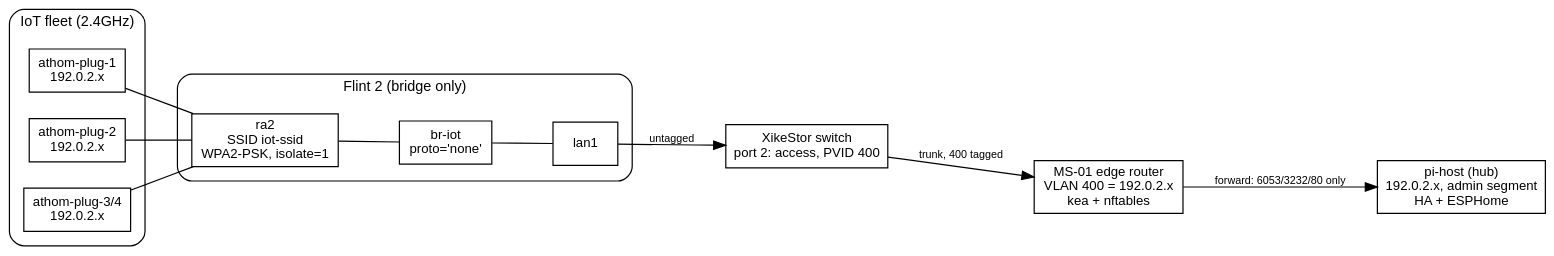
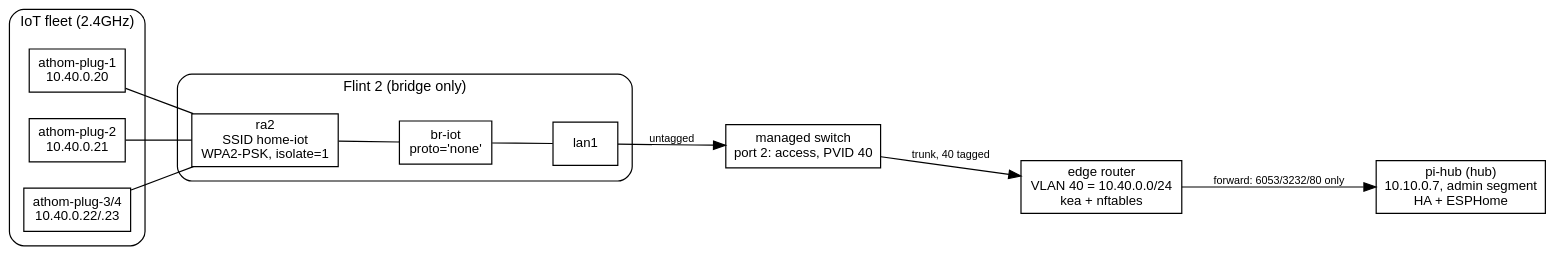
Before and after one commit to erfianugrah/lexicanum: the diagram in src/content/docs/reference/home-iot-network.mdx, drawn with Graphviz. The commit also changed other lines of this file and 1 other file, not shown here.

First line of the commit message:
docs(home-iot-network): anonymize home identifiers for public reference

````diff
--- a/src/content/docs/reference/home-iot-network.mdx
+++ b/src/content/docs/reference/home-iot-network.mdx
@@ -24,35 +24,35 @@
 ```dot
 digraph {
   rankdir=LR; bgcolor="transparent"; compound=true; nodesep=0.3; ranksep=0.7;
   fontname="Helvetica,Arial,sans-serif";
   node [fontname="Helvetica,Arial,sans-serif", fontsize=11, shape=box];
   edge [fontname="Helvetica,Arial,sans-serif", fontsize=9];
 
   subgraph cluster_fleet {
     label="IoT fleet (2.4GHz)"; style=rounded; fontsize=12; margin=12;
-    plug1 [label="athom-plug-1\n192.0.2.x"];
-    plug2 [label="athom-plug-2\n192.0.2.x"];
-    plug34 [label="athom-plug-3/4\n192.0.2.x"];
+    plug1 [label="athom-plug-1\n10.40.0.20"];
+    plug2 [label="athom-plug-2\n10.40.0.21"];
+    plug34 [label="athom-plug-3/4\n10.40.0.22/.23"];
   }
 
   subgraph cluster_flint {
     label="Flint 2 (bridge only)"; style=rounded; fontsize=12; margin=12;
-    ra2 [label="ra2\nSSID iot-ssid\nWPA2-PSK, isolate=1"];
+    ra2 [label="ra2\nSSID home-iot\nWPA2-PSK, isolate=1"];
     briot [label="br-iot\nproto='none'"];
     lan1 [label="lan1"];
     ra2 -> briot -> lan1 [arrowhead=none];
   }
 
-  switch [label="XikeStor switch\nport 2: access, PVID 400"];
-  router [label="MS-01 edge router\nVLAN 400 = 192.0.2.x\nkea + nftables"];
-  pi [label="pi-host (hub)\n192.0.2.x, admin segment\nHA + ESPHome"];
+  switch [label="managed switch\nport 2: access, PVID 40"];
+  router [label="edge router\nVLAN 40 = 10.40.0.0/24\nkea + nftables"];
+  pi [label="pi-hub (hub)\n10.10.0.7, admin segment\nHA + ESPHome"];
 
   plug1 -> ra2 [arrowhead=none];
   plug2 -> ra2 [arrowhead=none];
   plug34 -> ra2 [arrowhead=none];
   lan1 -> switch [label="untagged"];
-  switch -> router [label="trunk, 400 tagged"];
+  switch -> router [label="trunk, 40 tagged"];
   router -> pi [label="forward: 6053/3232/80 only"];
   plug34 -> router [style=invis];
 }
 ```
````
